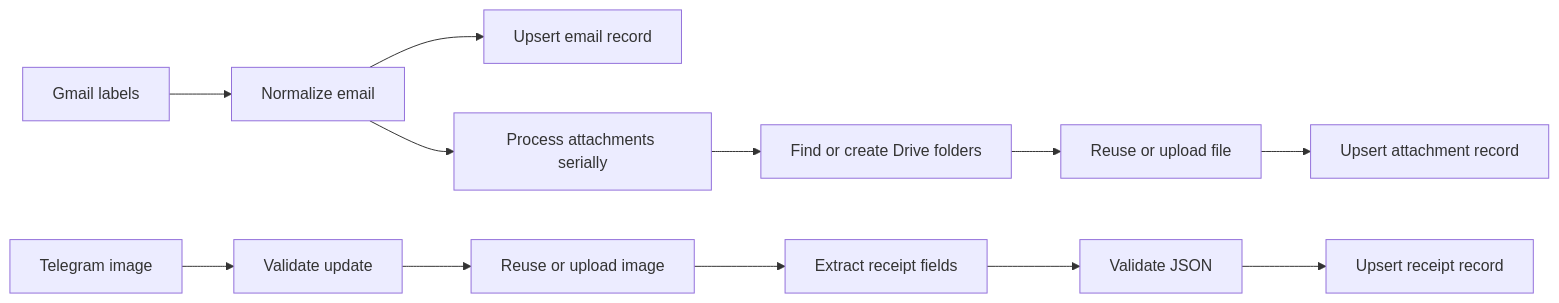
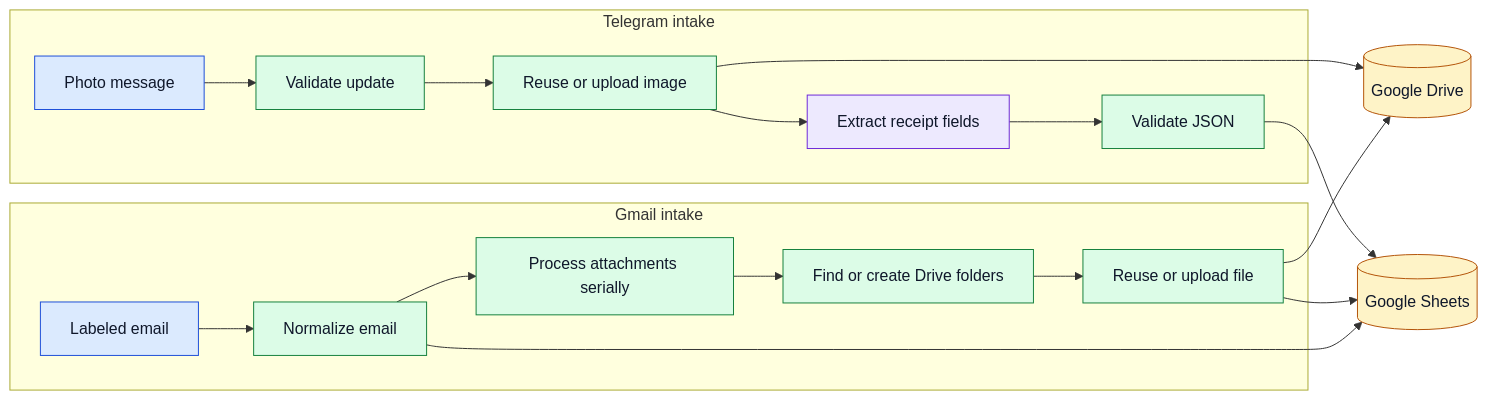
One commit to a3s5jj/document-intake-automation changed the diagram in README.md. Above: the diagram before and after it, drawn with Mermaid.

Commit message:
Improve README flow diagram accuracy and legibility
Correct the architecture the diagram describes, and add a shared semantic
palette that specifies fill, stroke and text color together so labels stay
readable in both GitHub light and dark themes.

````diff
--- a/README.md
+++ b/README.md
@@ -23,15 +23,30 @@
 ```mermaid
 flowchart LR
-  A[Gmail labels] --> B[Normalize email]
-  B --> C[Upsert email record]
-  B --> D[Process attachments serially]
-  D --> E[Find or create Drive folders]
-  E --> F[Reuse or upload file]
-  F --> G[Upsert attachment record]
+  subgraph GM [Gmail intake]
+    A[Labeled email] --> B[Normalize email]
+    B --> C[Process attachments serially]
+    C --> D[Find or create Drive folders]
+    D --> E[Reuse or upload file]
+  end
+  subgraph TG [Telegram intake]
+    F[Photo message] --> G[Validate update]
+    G --> H[Reuse or upload image]
+    H --> I[Extract receipt fields]
+    I --> J[Validate JSON]
+  end
+  E --> DRIVE[(Google Drive)]
+  H --> DRIVE
+  B --> SHEETS[(Google Sheets)]
+  E --> SHEETS
+  J --> SHEETS
 
-  H[Telegram image] --> I[Validate update]
-  I --> J[Reuse or upload image]
-  J --> K[Extract receipt fields]
-  K --> L[Validate JSON]
-  L --> M[Upsert receipt record]
+  classDef entry fill:#dbeafe,stroke:#1d4ed8,color:#0f172a
+  classDef ai fill:#ede9fe,stroke:#6d28d9,color:#0f172a
+  classDef logic fill:#dcfce7,stroke:#15803d,color:#0f172a
+  classDef ext fill:#fef3c7,stroke:#b45309,color:#0f172a
+  classDef stop fill:#fee2e2,stroke:#b91c1c,color:#0f172a
+  class A,F entry
+  class I ai
+  class B,C,D,E,G,H,J logic
+  class DRIVE,SHEETS ext
 ```
````
